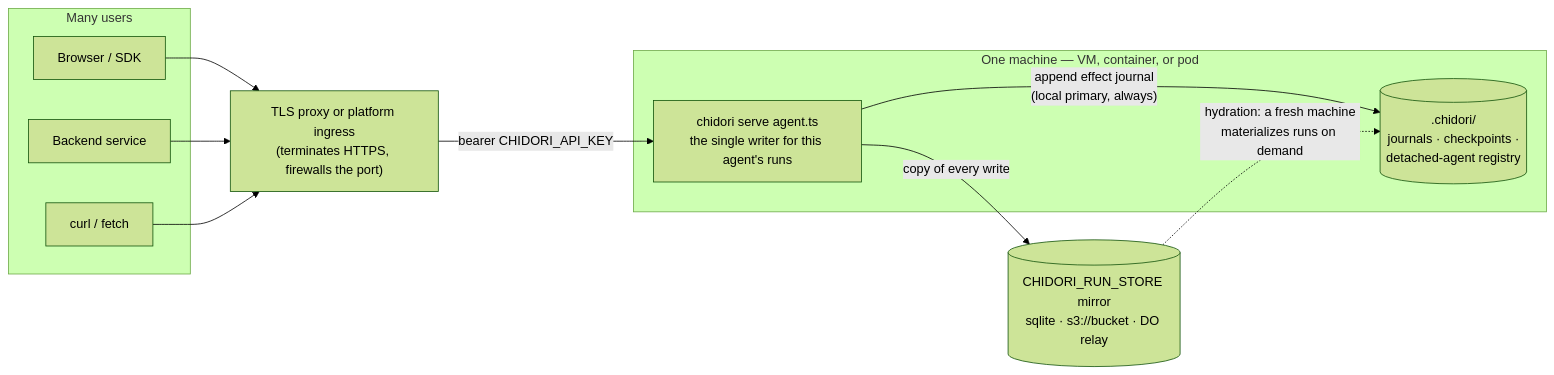
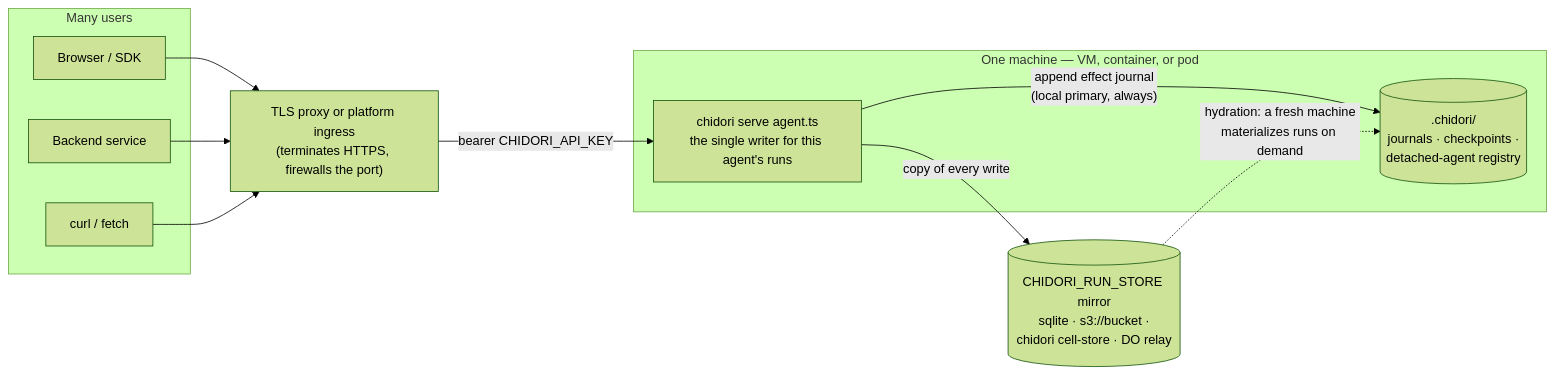
The first of 4 diagrams in docs/deployment.md (ThousandBirdsInc/chidori), drawn with Mermaid (forest theme) before and after one commit. The commit also changed other lines of this file and 6 other files, not shown here.

````diff
--- a/docs/deployment.md
+++ b/docs/deployment.md
@@ -24,25 +24,25 @@
 ```mermaid
 flowchart LR
     subgraph clients["Many users"]
         u1["Browser / SDK"]
         u2["Backend service"]
         u3["curl / fetch"]
     end
 
     proxy["TLS proxy or platform ingress<br/>(terminates HTTPS, firewalls the port)"]
 
     subgraph host["One machine — VM, container, or pod"]
         server["chidori serve agent.ts<br/>the single writer for this agent's runs"]
         state[(".chidori/<br/>journals · checkpoints ·<br/>detached-agent registry")]
     end
 
-    mirror[("CHIDORI_RUN_STORE mirror<br/>sqlite · s3://bucket · DO relay")]
+    mirror[("CHIDORI_RUN_STORE mirror<br/>sqlite · s3://bucket ·<br/>chidori cell-store · DO relay")]
 
     u1 --> proxy
     u2 --> proxy
     u3 --> proxy
     proxy -->|"bearer CHIDORI_API_KEY"| server
     server -->|"append effect journal<br/>(local primary, always)"| state
     server -->|"copy of every write"| mirror
     mirror -.->|"hydration: a fresh machine<br/>materializes runs on demand"| state
 ```
````
